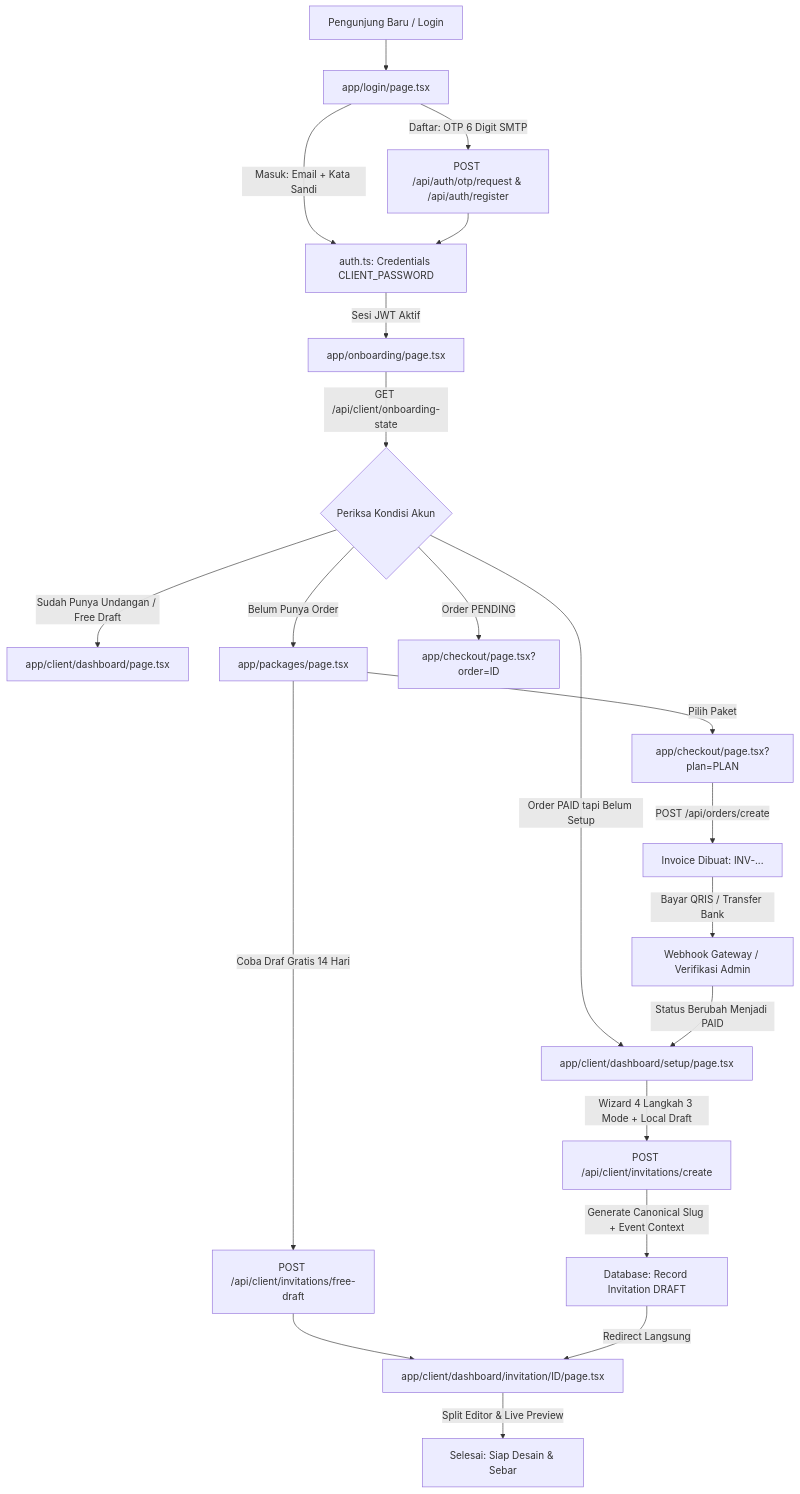
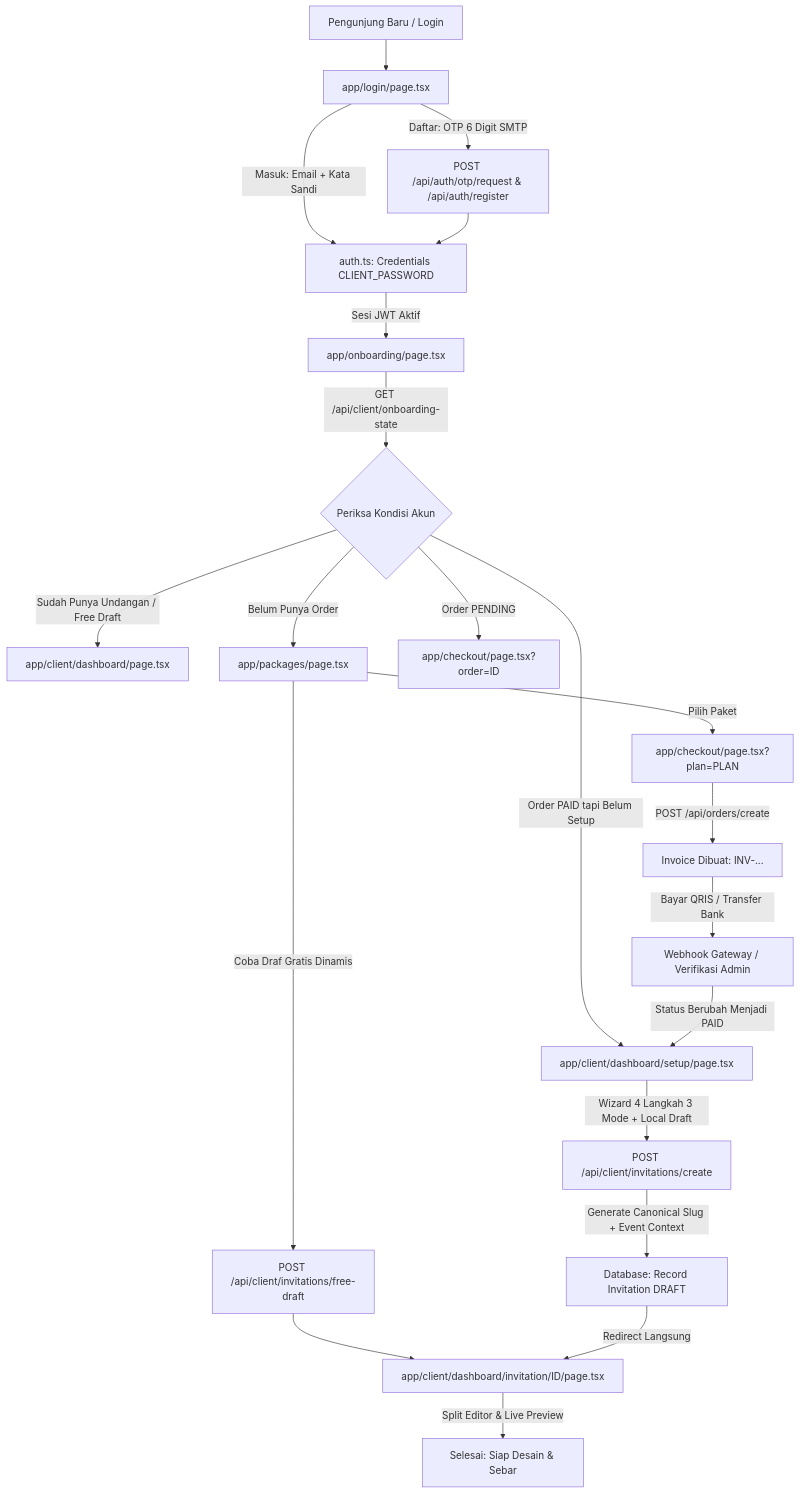
One commit to armansyam/luxenary-invite changed the diagram in docs/ALUR_REGISTRASI_KE_DASHBOARD.md. Above: the diagram before and after it, drawn with Mermaid. The commit also changed other lines of this file and 34 other files, not shown here.

````diff
--- a/docs/ALUR_REGISTRASI_KE_DASHBOARD.md
+++ b/docs/ALUR_REGISTRASI_KE_DASHBOARD.md
@@ -22,27 +22,27 @@
 ```mermaid
 flowchart TD
     A[Pengunjung Baru / Login] --> B[app/login/page.tsx]
     B -->|Daftar: OTP 6 Digit SMTP| R[POST /api/auth/otp/request & /api/auth/register]
     B -->|Masuk: Email + Kata Sandi| C[auth.ts: Credentials CLIENT_PASSWORD]
     R --> C
     C -->|Sesi JWT Aktif| E[app/onboarding/page.tsx]
     
     E -->|GET /api/client/onboarding-state| F{Periksa Kondisi Akun}
     
     F -->|Sudah Punya Undangan / Free Draft| G[app/client/dashboard/page.tsx]
     F -->|Belum Punya Order| H[app/packages/page.tsx]
     F -->|Order PENDING| I[app/checkout/page.tsx?order=ID]
     F -->|Order PAID tapi Belum Setup| J[app/client/dashboard/setup/page.tsx]
     
     H -->|Pilih Paket| K[app/checkout/page.tsx?plan=PLAN]
-    H -->|Coba Draf Gratis 14 Hari| FD[POST /api/client/invitations/free-draft]
+    H -->|Coba Draf Gratis Dinamis| FD[POST /api/client/invitations/free-draft]
     FD --> P
     K -->|POST /api/orders/create| L[Invoice Dibuat: INV-...]
     L -->|Bayar QRIS / Transfer Bank| M[Webhook Gateway / Verifikasi Admin]
     M -->|Status Berubah Menjadi PAID| J
     
     J -->|Wizard 4 Langkah 3 Mode + Local Draft| N[POST /api/client/invitations/create]
     N -->|Generate Canonical Slug + Event Context| O[Database: Record Invitation DRAFT]
     O -->|Redirect Langsung| P[app/client/dashboard/invitation/ID/page.tsx]
     P -->|Split Editor & Live Preview| Q[Selesai: Siap Desain & Sebar]
 ```
````
